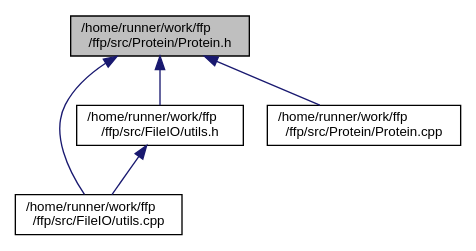
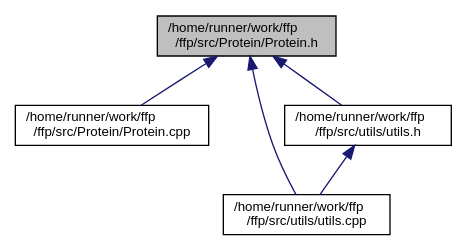
The diagram in Protein_8h__dep__incl.dot (Mohamed-Nser-Said/ffp), drawn with Graphviz before and after one commit. The commit also changed 47 other files, not shown here.

```diff
--- a/Protein_8h__dep__incl.dot
+++ b/Protein_8h__dep__incl.dot
@@ -1,14 +1,14 @@
 digraph "/home/runner/work/ffp/ffp/src/Protein/Protein.h"
 {
  // LATEX_PDF_SIZE
   edge [fontname="Helvetica",fontsize="10",labelfontname="Helvetica",labelfontsize="10"];
   node [fontname="Helvetica",fontsize="10",shape=record];
   Node1 [label="/home/runner/work/ffp\l/ffp/src/Protein/Protein.h",height=0.2,width=0.4,color="black", fillcolor="grey75", style="filled", fontcolor="black",tooltip=" "];
   Node1 -> Node2 [dir="back",color="midnightblue",fontsize="10",style="solid",fontname="Helvetica"];
-  Node2 [label="/home/runner/work/ffp\l/ffp/src/FileIO/utils.cpp",height=0.2,width=0.4,color="black", fillcolor="white", style="filled",URL="$utils_8cpp.html",tooltip=" "];
+  Node2 [label="/home/runner/work/ffp\l/ffp/src/Protein/Protein.cpp",height=0.2,width=0.4,color="black", fillcolor="white", style="filled",URL="$Protein_8cpp.html",tooltip=" "];
   Node1 -> Node3 [dir="back",color="midnightblue",fontsize="10",style="solid",fontname="Helvetica"];
-  Node3 [label="/home/runner/work/ffp\l/ffp/src/FileIO/utils.h",height=0.2,width=0.4,color="black", fillcolor="white", style="filled",URL="$utils_8h.html",tooltip=" "];
-  Node3 -> Node2 [dir="back",color="midnightblue",fontsize="10",style="solid",fontname="Helvetica"];
+  Node3 [label="/home/runner/work/ffp\l/ffp/src/utils/utils.cpp",height=0.2,width=0.4,color="black", fillcolor="white", style="filled",URL="$utils_8cpp.html",tooltip=" "];
   Node1 -> Node4 [dir="back",color="midnightblue",fontsize="10",style="solid",fontname="Helvetica"];
-  Node4 [label="/home/runner/work/ffp\l/ffp/src/Protein/Protein.cpp",height=0.2,width=0.4,color="black", fillcolor="white", style="filled",URL="$Protein_8cpp.html",tooltip=" "];
+  Node4 [label="/home/runner/work/ffp\l/ffp/src/utils/utils.h",height=0.2,width=0.4,color="black", fillcolor="white", style="filled",URL="$utils_8h.html",tooltip=" "];
+  Node4 -> Node3 [dir="back",color="midnightblue",fontsize="10",style="solid",fontname="Helvetica"];
 }
```
